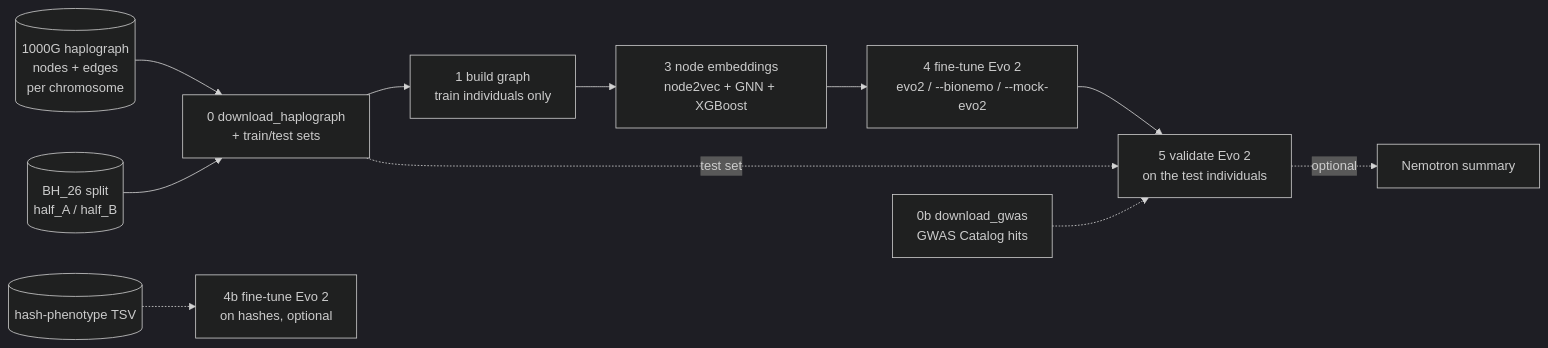
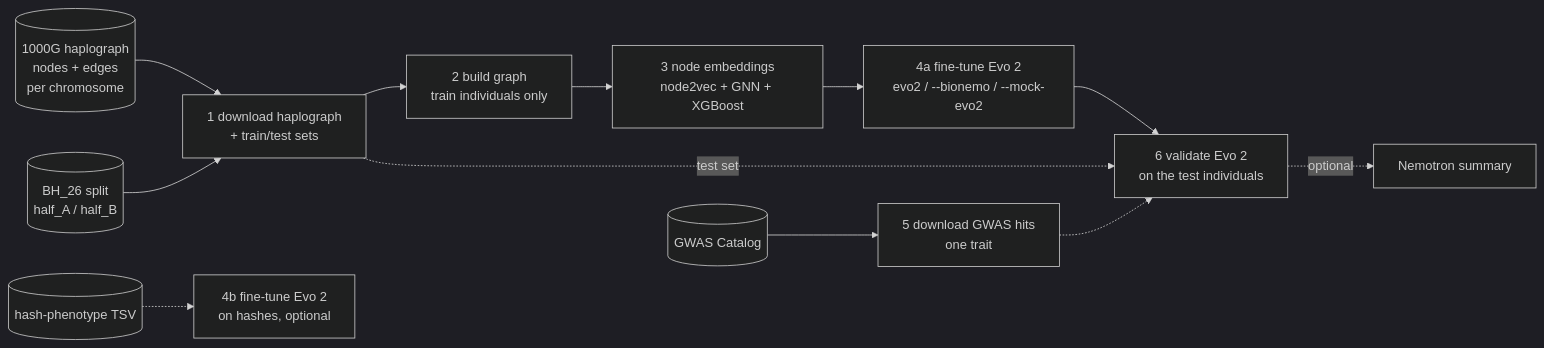
The diagram in DOCUMENTATION.md (collaborativebioinformatics/GenoPheno_Embedding_Validator), drawn with Mermaid (dark theme) before and after one commit. The commit also changed other lines of this file and 27 other files, not shown here.

````diff
--- a/DOCUMENTATION.md
+++ b/DOCUMENTATION.md
@@ -16,13 +16,14 @@
 ```mermaid
 flowchart LR
-    D[(1000G haplograph<br/>nodes + edges<br/>per chromosome)] --> S0[0 download_haplograph<br/>+ train/test sets]
-    SP[(BH_26 split<br/>half_A / half_B)] --> S0
-    S0 --> S1[1 build graph<br/>train individuals only]
-    S1 --> S3[3 node embeddings<br/>node2vec + GNN + XGBoost]
-    S3 --> S4[4 fine-tune Evo 2<br/>evo2 / --bionemo / --mock-evo2]
+    D[(1000G haplograph<br/>nodes + edges<br/>per chromosome)] --> S1[1 download haplograph<br/>+ train/test sets]
+    SP[(BH_26 split<br/>half_A / half_B)] --> S1
+    S1 --> S2[2 build graph<br/>train individuals only]
+    S2 --> S3[3 node embeddings<br/>node2vec + GNN + XGBoost]
+    S3 --> S4[4a fine-tune Evo 2<br/>evo2 / --bionemo / --mock-evo2]
     H[(hash-phenotype TSV)] -.-> S4b[4b fine-tune Evo 2<br/>on hashes, optional]
-    S4 --> S5[5 validate Evo 2<br/>on the test individuals]
-    S0 -.test set.-> S5
-    S0b[0b download_gwas<br/>GWAS Catalog hits] -.-> S5
-    S5 -.optional.-> N[Nemotron summary]
+    C[(GWAS Catalog)] --> S5[5 download GWAS hits<br/>one trait]
+    S4 --> S6[6 validate Evo 2<br/>on the test individuals]
+    S1 -.test set.-> S6
+    S5 -.-> S6
+    S6 -.optional.-> N[Nemotron summary]
 ```
````
